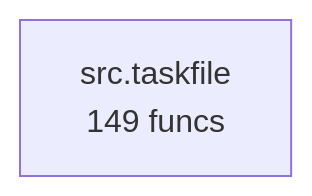
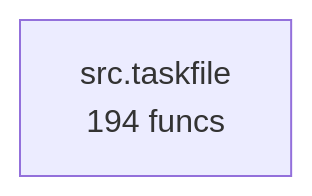
Before and after one commit to pyfunc/taskfile: the diagram in project/compact_flow.mmd, drawn with Mermaid. The commit also changed 52 other files, not shown here.

```diff
--- a/project/compact_flow.mmd
+++ b/project/compact_flow.mmd
@@ -1,2 +1,2 @@
 flowchart TD
-    src_taskfile["src.taskfile<br/>149 funcs"]
+    src_taskfile["src.taskfile<br/>194 funcs"]
```
